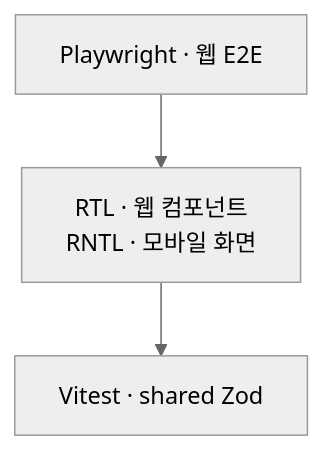
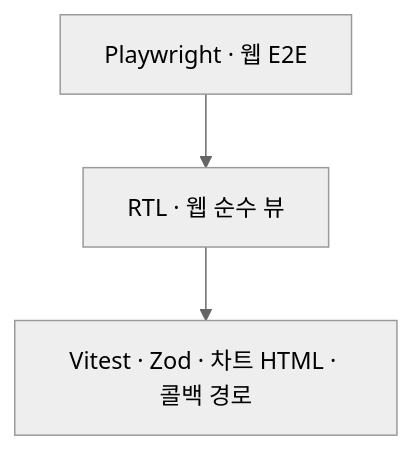
Before and after one commit to scs0209/ticker-journal: the fifth of 5 diagrams in docs/portfolio.md, drawn with Mermaid (neutral theme). The commit also changed other lines of this file and 2 other files, not shown here.

````diff
--- a/docs/portfolio.md
+++ b/docs/portfolio.md
@@ -115,8 +115,8 @@
 ```mermaid
 flowchart TB
   E2E[Playwright · 웹 E2E]
-  COMP[RTL · 웹 컴포넌트<br/>RNTL · 모바일 화면]
-  UNIT[Vitest · shared Zod]
+  COMP[RTL · 웹 순수 뷰]
+  UNIT[Vitest · Zod · 차트 HTML · 콜백 경로]
 
   E2E --> COMP --> UNIT
 ```
````
